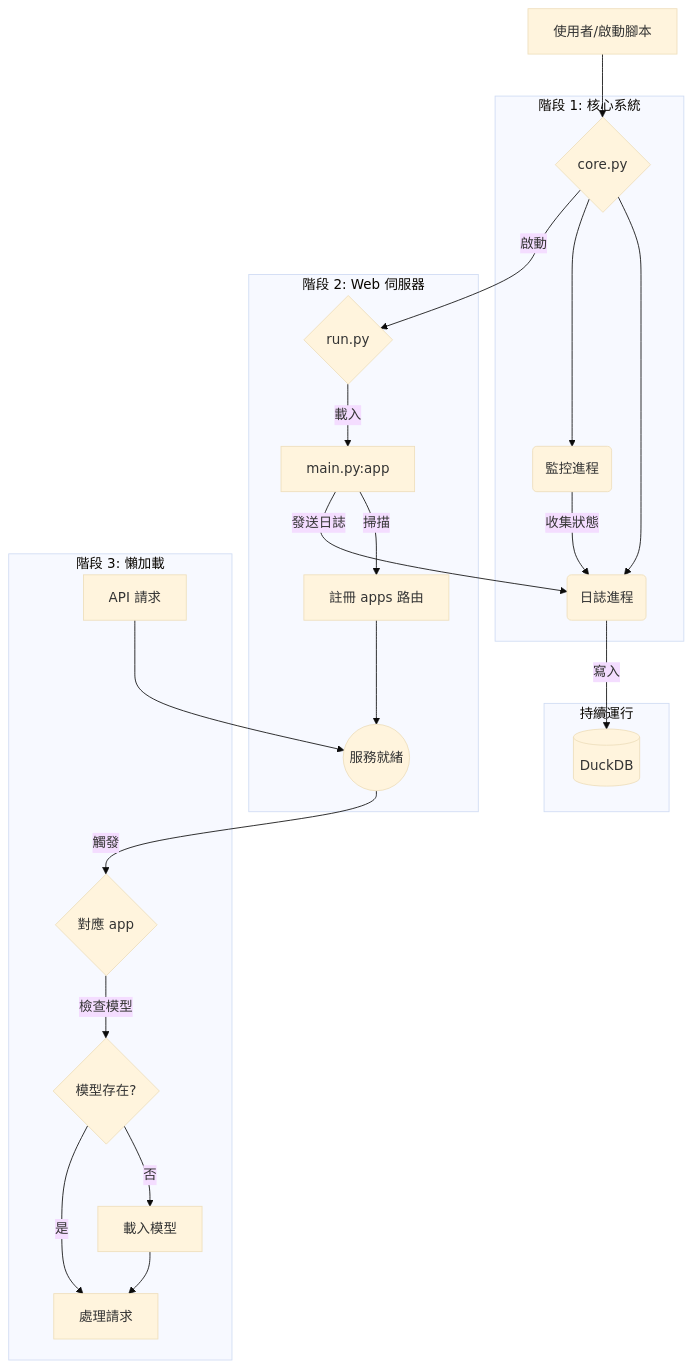
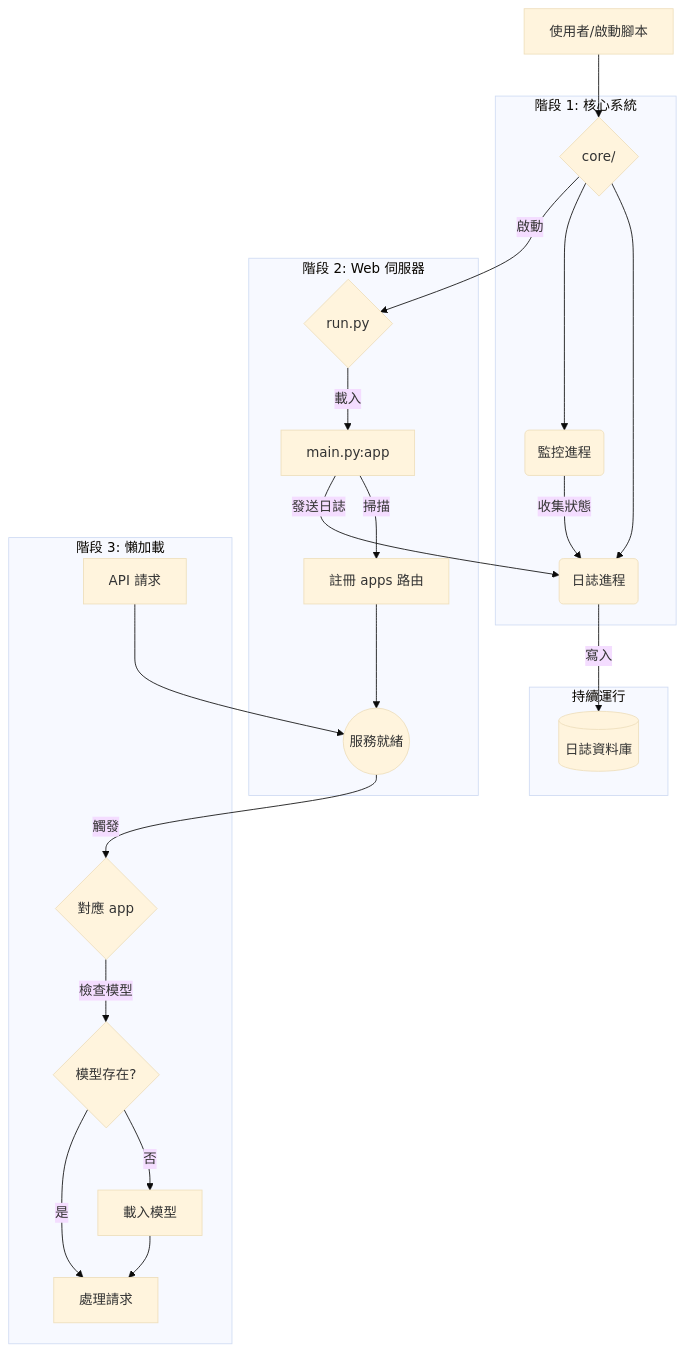
The diagram in ARCHITECTURE.md (hsp1234-web/0721_web), drawn with Mermaid (base theme) before and after one commit. The commit also changed other lines of this file and 2 other files, not shown here.

````diff
--- a/ARCHITECTURE.md
+++ b/ARCHITECTURE.md
@@ -39,31 +42,31 @@
 ```mermaid
 graph TD
-    A[使用者/啟動腳本] --> B{core.py};
+    A[使用者/啟動腳本] --> B{core/};
 
     subgraph 階段 1: 核心系統
         B --> C(日誌進程);
         B --> D(監控進程);
     end
 
     subgraph 階段 2: Web 伺服器
         B -- 啟動 --> E{run.py};
         E -- 載入 --> F[main.py:app];
         F -- 掃描 --> G[註冊 apps 路由];
         G --> H((服務就緒));
     end
 
     subgraph 持續運行
-        C -- 寫入 --> J[(DuckDB)];
+        C -- 寫入 --> J[(日誌資料庫)];
         D -- 收集狀態 --> C;
         F -- 發送日誌 --> C;
     end
 
     subgraph 階段 3: 懶加載
         K[API 請求] --> H;
         H -- 觸發 --> L{對應 app};
         L -- 檢查模型 --> M{模型存在?};
         M -- 否 --> N[載入模型];
         N --> O[處理請求];
         M -- 是 --> O;
     end
 ```
````
